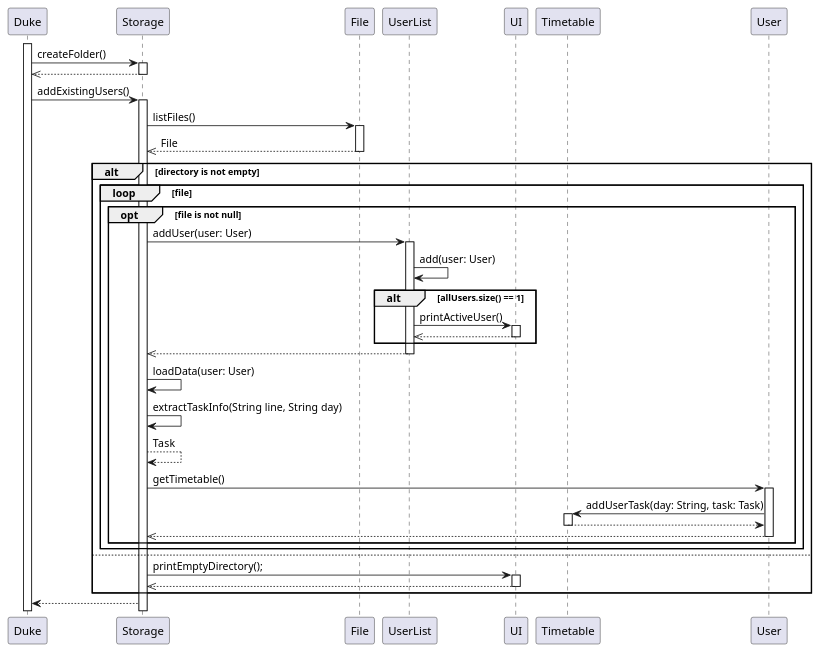
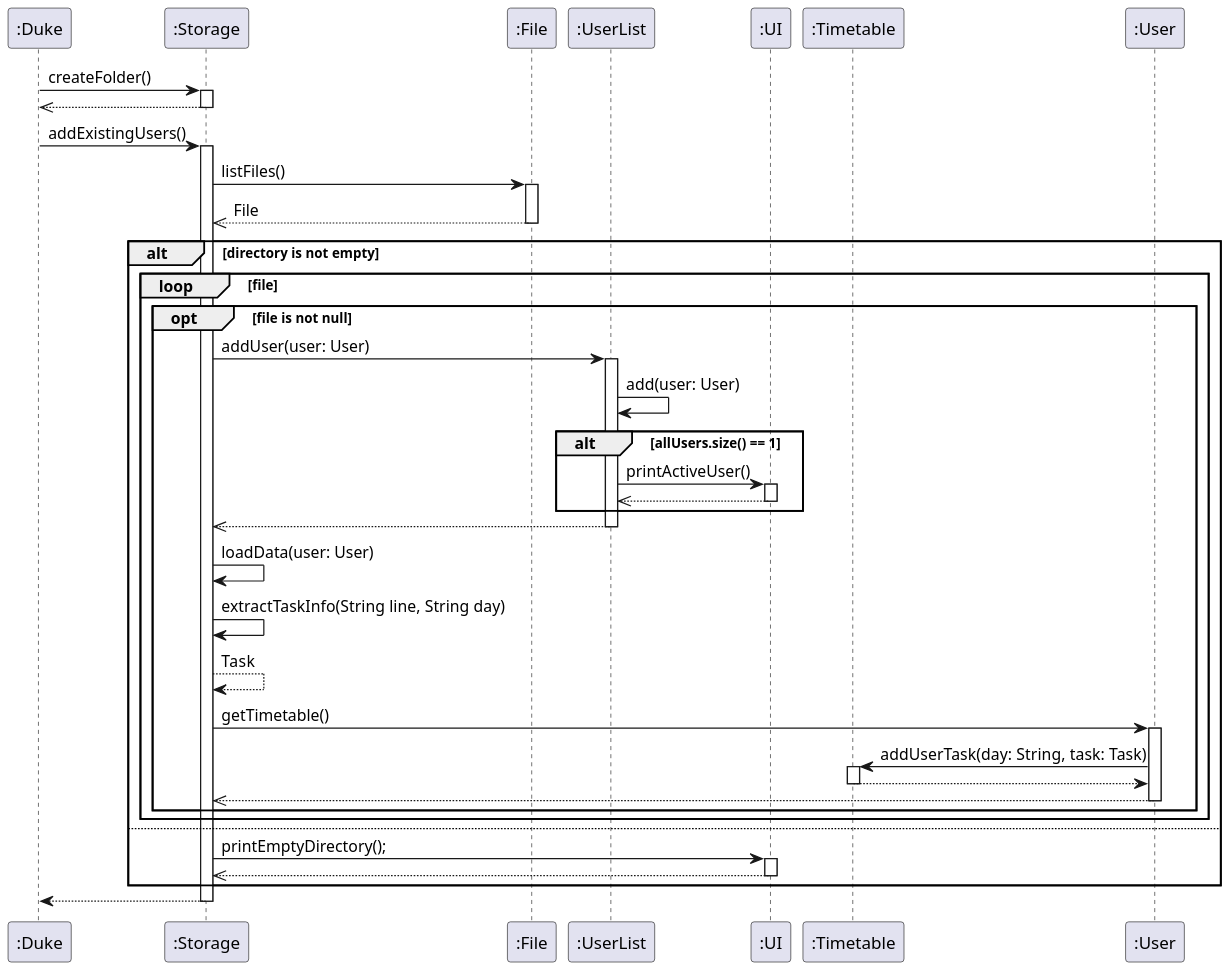
Before and after one commit to ZhuSijia0711/tp: the diagram in docs/Storage.puml, drawn with PlantUML. The commit also changed 2 other files, not shown here.

Commit message:
Update Storage UML

```diff
--- a/docs/Storage.puml
+++ b/docs/Storage.puml
@@ -1,63 +1,63 @@
 @startuml
-participant Duke as duke
-participant Storage as storage
-participant File as file
-participant UserList as userList
-participant UI as UI
-participant Timetable as timetable
-participant User as user
+scale 1.5
+participant ":Duke" as duke
+participant ":Storage" as storage
+participant ":File" as file
+participant ":UserList" as userList
+participant ":UI" as UI
+participant ":Timetable" as timetable
+participant ":User" as user
 
 
-activate duke
 duke -> storage: createFolder()
 activate storage
 storage -->> duke:
 deactivate storage
 
 duke -> storage: addExistingUsers()
 activate storage
 storage -> file: listFiles()
 activate file
 file -->> storage: File
 deactivate file
 
 alt directory is not empty
   loop file
     opt file is not null
       storage -> userList: addUser(user: User)
           activate userList
           userList -> userList: add(user: User)
           alt allUsers.size() == 1
             userList -> UI: printActiveUser()
             activate UI
             UI -->> userList
             deactivate UI
           end
           userList -->> storage
           deactivate userList
 
           storage -> storage: loadData(user: User)
           storage -> storage: extractTaskInfo(String line, String day)
           storage --> storage: Task
           storage -> user: getTimetable()
           activate user
           user -> timetable: addUserTask(day: String, task: Task)
           activate timetable
           timetable --> user
           deactivate timetable
           user -->> storage
           deactivate user
     end
   end
 
 else
   storage -> UI: printEmptyDirectory();
   activate UI
   UI -->> storage
   deactivate UI
 end
 
+storage --> duke
+deactivate storage
 
-
-storage --> duke
 @enduml
```
